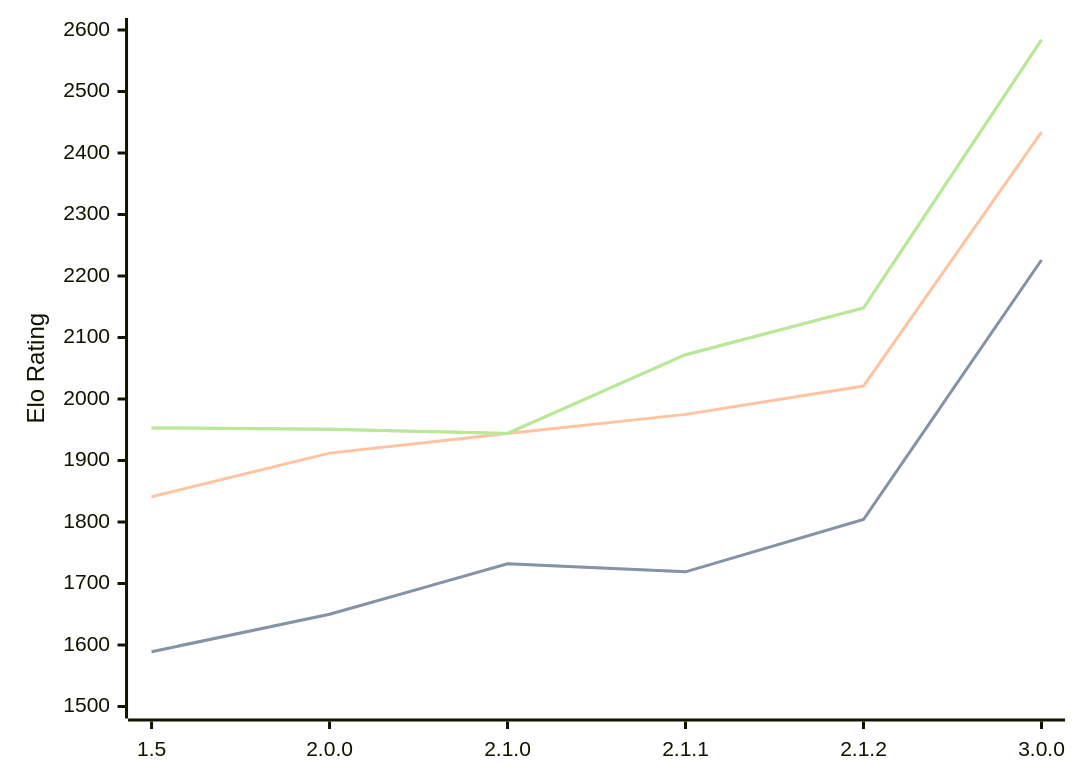
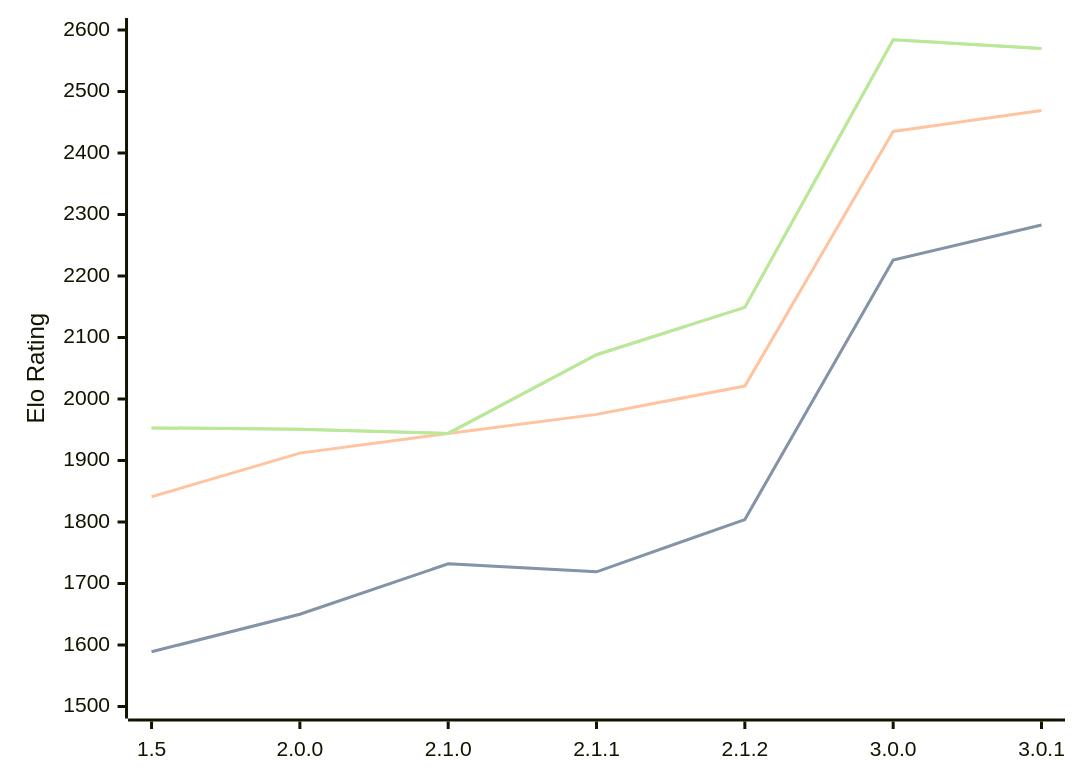
One commit to computer-chess-index/cci changed the diagram in engines/Rudim.md. Above: the diagram before and after it, drawn with Mermaid. The commit also changed other lines of this file, not shown here.

Commit message:
Update CCI Ratings (ELO VLTC) - 2026-06-11

````diff
--- a/engines/Rudim.md
+++ b/engines/Rudim.md
@@ -47,11 +46,11 @@
 ```mermaid
 %%{init: {"theme":"base","themeVariables":{"seriesColors:['#a3a3a3','#222221','#faa371']}}}%%
 xychart-beta
-  x-axis ["1.5", "2.0.0", "2.1.0", "2.1.1", "2.1.2", "3.0.0"]
+  x-axis ["1.5", "2.0.0", "2.1.0", "2.1.1", "2.1.2", "3.0.0", "3.0.1"]
   y-axis "Elo Rating" 1500 --> 2600
-  line "STC (8.0+0.08s)" [1589, 1650, 1732, 1719, 1804, 2226]
-  line "STC (8.0+0.08s)" [1589, 1650, 1732, 1719, 1804, 2226]
-  line "LTC (60.0+0.60s)" [1841, 1912, 1944, 1975, 2021, 2434]
-  line "VLTC (2m24s+1.12s)" [1953, 1951, 1944, 2072, 2148, 2584]
-  line "VLTC (2m24s+1.12s)" [1953, 1951, 1944, 2072, 2148, 2584]
+  line "STC (8.0+0.08s)" [1589, 1650, 1732, 1719, 1804, 2226, 2283]
+  line "STC (8.0+0.08s)" [1589, 1650, 1732, 1719, 1804, 2226, 2283]
+  line "LTC (60.0+0.60s)" [1841, 1912, 1944, 1975, 2021, 2435, 2469]
+  line "VLTC (2m24s+1.12s)" [1953, 1951, 1944, 2072, 2149, 2584, 2570]
+  line "VLTC (2m24s+1.12s)" [1953, 1951, 1944, 2072, 2149, 2584, 2570]
 ```
````
